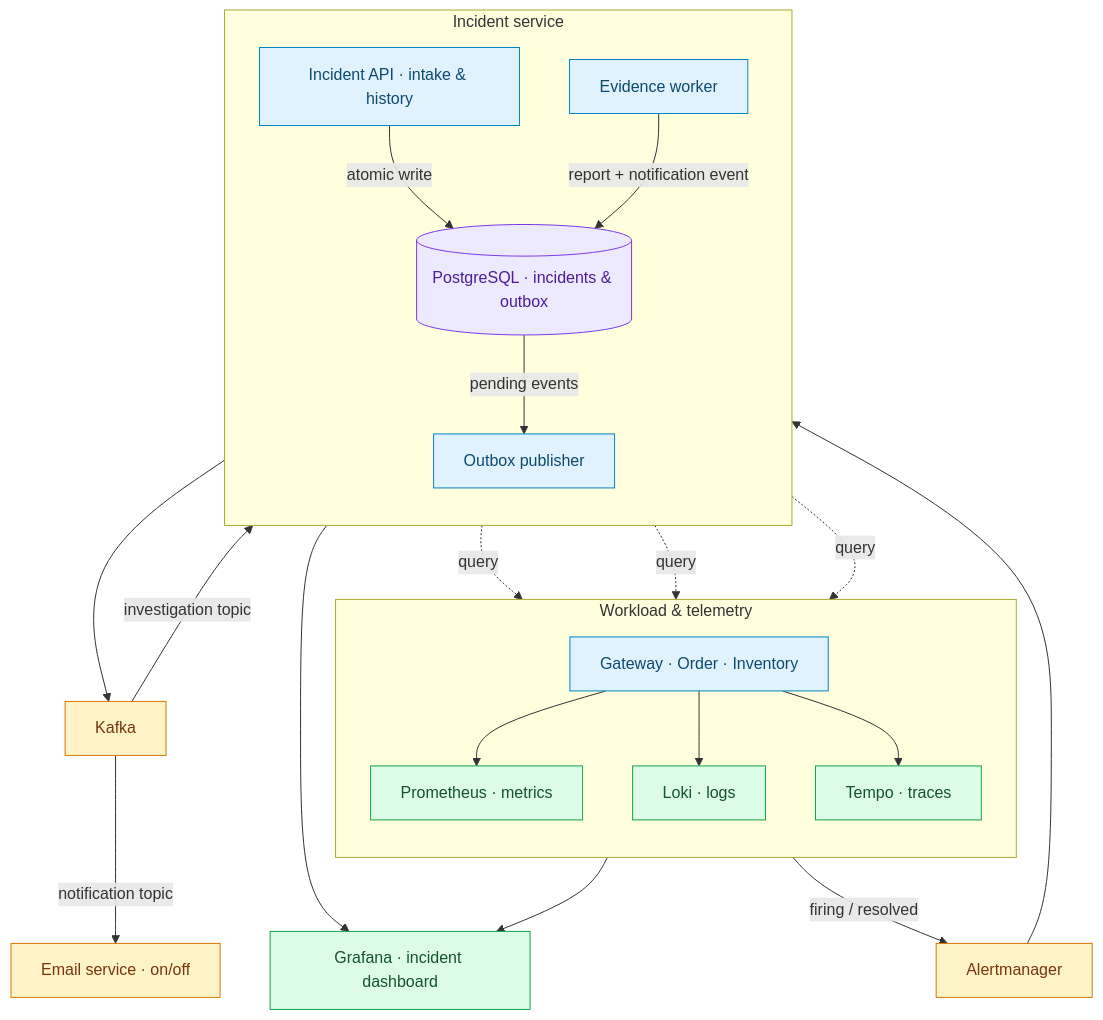
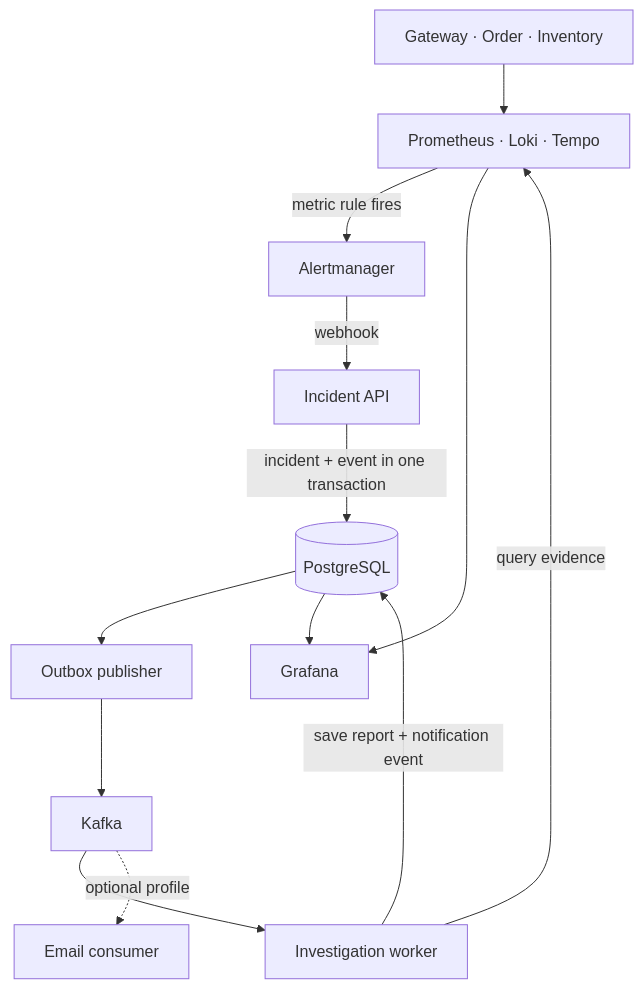
Before and after one commit to Abhay123abhi/event-driven-incident-observability: the diagram in README.md, drawn with Mermaid. The commit also changed other lines of this file and 7 other files, not shown here.

````diff
--- a/README.md
+++ b/README.md
@@ -20,44 +28,15 @@
 ```mermaid
 flowchart TB
-    subgraph telemetry["Workload & telemetry"]
-        direction TB
-        Services["Gateway · Order · Inventory"]
-        Prom["Prometheus · metrics"]
-        Loki["Loki · logs"]
-        Tempo["Tempo · traces"]
-        Services --> Prom
-        Services --> Loki
-        Services --> Tempo
-    end
-
-    subgraph incidents["Incident service"]
-        direction TB
-        Intake["Incident API · intake & history"]
-        DB[("PostgreSQL · incidents & outbox")]
-        Publisher["Outbox publisher"]
-        Worker["Evidence worker"]
-        Intake -->|atomic write| DB
-        DB -->|pending events| Publisher
-        Worker -->|report + notification event| DB
-    end
-
-    Prom -->|firing / resolved| Alerts["Alertmanager"]
-    Alerts --> Intake
-    Publisher --> Kafka["Kafka"]
-    Kafka -->|investigation topic| Worker
-    Worker -. query .-> Prom
-    Worker -. query .-> Loki
-    Worker -. query .-> Tempo
-    Kafka -->|notification topic| Email["Email service · on/off"]
-    DB --> Grafana["Grafana · incident dashboard"]
-    Prom --> Grafana
-
-    classDef app fill:#e0f2fe,stroke:#0284c7,color:#0c4a6e
-    classDef store fill:#ede9fe,stroke:#7c3aed,color:#4c1d95
-    classDef observe fill:#dcfce7,stroke:#16a34a,color:#14532d
-    classDef event fill:#fef3c7,stroke:#d97706,color:#78350f
-    class Services,Intake,Publisher,Worker app
-    class DB store
-    class Prom,Loki,Tempo,Grafana observe
-    class Alerts,Kafka,Email event
+    Workloads["Gateway · Order · Inventory"] --> Telemetry["Prometheus · Loki · Tempo"]
+    Telemetry -->|metric rule fires| Alertmanager
+    Alertmanager -->|webhook| IncidentAPI["Incident API"]
+    IncidentAPI -->|incident + event in one transaction| PostgreSQL[("PostgreSQL")]
+    PostgreSQL --> Outbox["Outbox publisher"]
+    Outbox --> Kafka
+    Kafka --> Worker["Investigation worker"]
+    Worker -->|query evidence| Telemetry
+    Worker -->|save report + notification event| PostgreSQL
+    Kafka -.->|optional profile| Email["Email consumer"]
+    PostgreSQL --> Grafana
+    Telemetry --> Grafana
 ```
````
